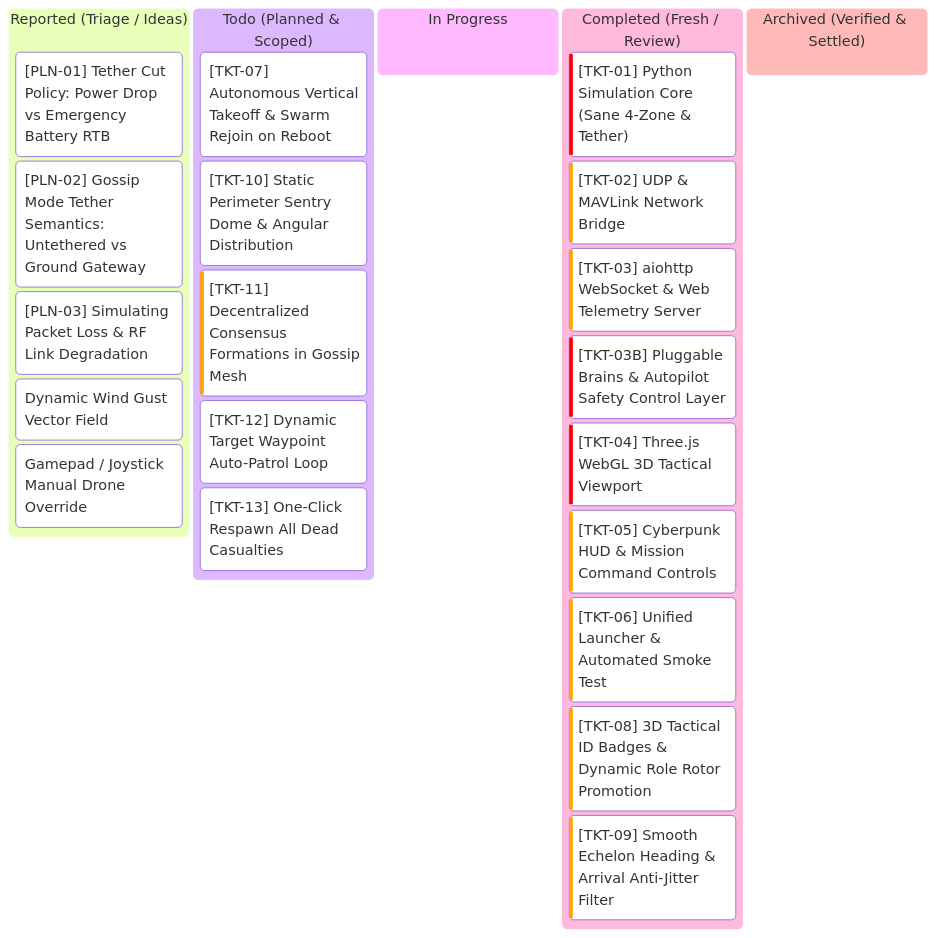
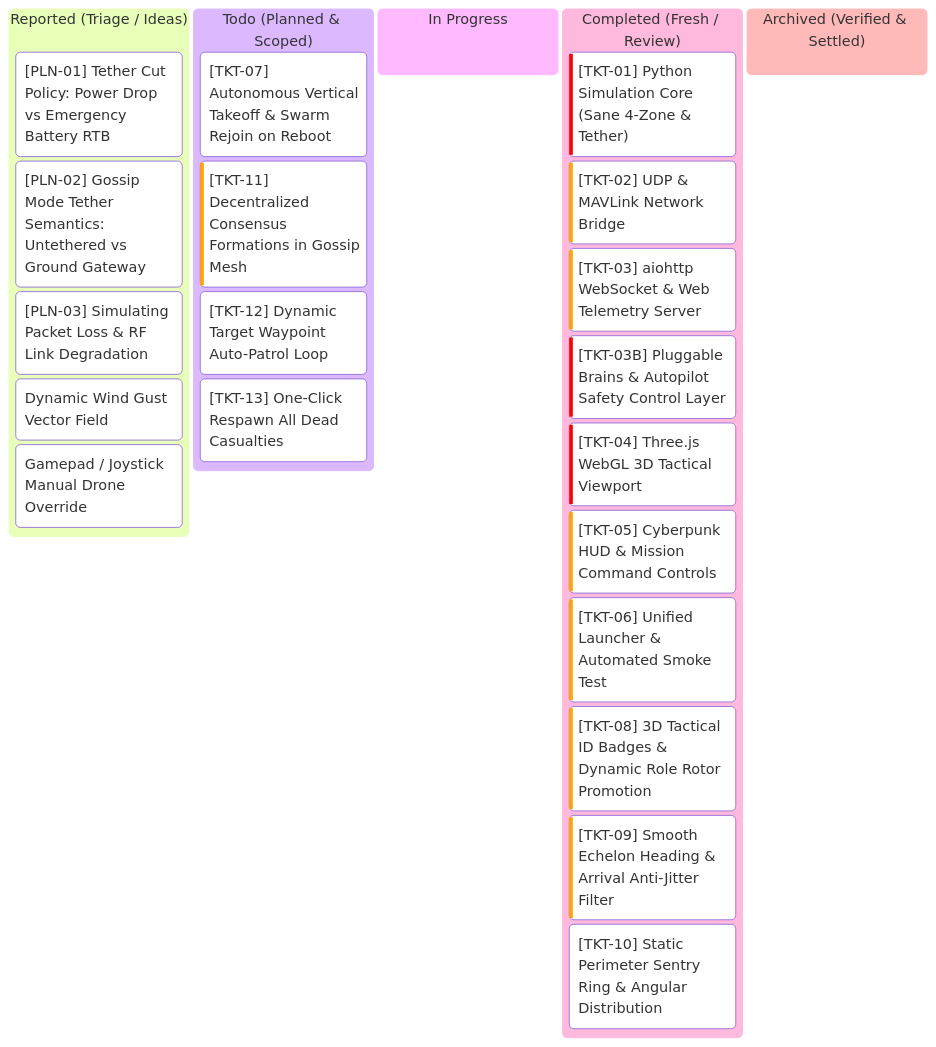
The diagram in kanban.md (AlitheiaDeus/SwarmTech_v3-Uprising), drawn with Mermaid before and after one commit. The commit also changed other lines of this file and 3 other files, not shown here.

Commit message:
feat(formation): convert PERIMETER_PATROL to static sentry ring with fixed azimuthal distribution [TKT-10]

````diff
--- a/kanban.md
+++ b/kanban.md
@@ -7,27 +7,27 @@
 ```mermaid
 kanban
   reported["Reported (Triage / Ideas)"]
     pln1["[PLN-01] Tether Cut Policy: Power Drop vs Emergency Battery RTB"]
     pln2["[PLN-02] Gossip Mode Tether Semantics: Untethered vs Ground Gateway"]
     pln3["[PLN-03] Simulating Packet Loss & RF Link Degradation"]
     idea1["Dynamic Wind Gust Vector Field"]
     idea2["Gamepad / Joystick Manual Drone Override"]
   todo["Todo (Planned & Scoped)"]
     tkt7["[TKT-07] Autonomous Vertical Takeoff & Swarm Rejoin on Reboot"]@{ priority: 'Medium' }
-    tkt10["[TKT-10] Static Perimeter Sentry Dome & Angular Distribution"]@{ priority: 'Medium' }
     tkt11["[TKT-11] Decentralized Consensus Formations in Gossip Mesh"]@{ priority: 'High' }
     tkt12["[TKT-12] Dynamic Target Waypoint Auto-Patrol Loop"]@{ priority: 'Medium' }
     tkt13["[TKT-13] One-Click Respawn All Dead Casualties"]@{ priority: 'Medium' }
   in_progress["In Progress"]
   completed["Completed (Fresh / Review)"]
     tkt1["[TKT-01] Python Simulation Core (Sane 4-Zone & Tether)"]@{ priority: 'Very High' }
     tkt2["[TKT-02] UDP & MAVLink Network Bridge"]@{ priority: 'High' }
     tkt3["[TKT-03] aiohttp WebSocket & Web Telemetry Server"]@{ priority: 'High' }
     tkt3b["[TKT-03B] Pluggable Brains & Autopilot Safety Control Layer"]@{ priority: 'Very High' }
     tkt4["[TKT-04] Three.js WebGL 3D Tactical Viewport"]@{ priority: 'Very High' }
     tkt5["[TKT-05] Cyberpunk HUD & Mission Command Controls"]@{ priority: 'High' }
     tkt6["[TKT-06] Unified Launcher & Automated Smoke Test"]@{ priority: 'High' }
     tkt8["[TKT-08] 3D Tactical ID Badges & Dynamic Role Rotor Promotion"]@{ priority: 'High' }
     tkt9["[TKT-09] Smooth Echelon Heading & Arrival Anti-Jitter Filter"]@{ priority: 'High' }
+    tkt10["[TKT-10] Static Perimeter Sentry Ring & Angular Distribution"]@{ priority: 'Medium' }
   archived["Archived (Verified & Settled)"]
 ```
````
